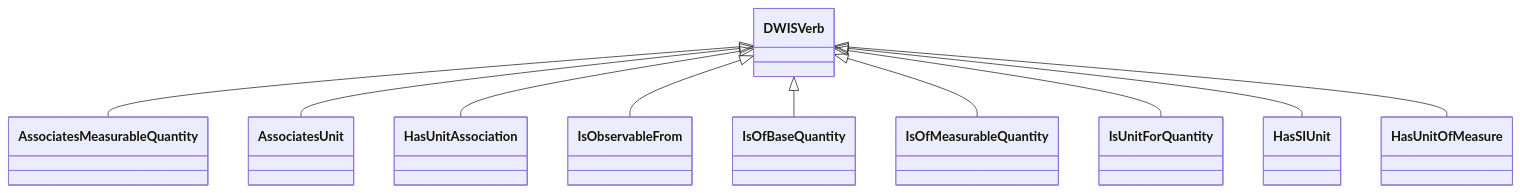
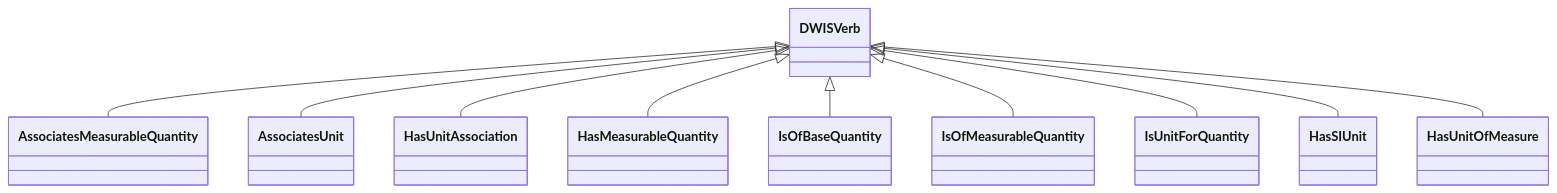
One commit to D-WIS/DDHub-Semantic-Interoperability changed the eighth of 18 diagrams in docs/vocabulary_development/auto-generated/md/definition-files/Quantities.md. Above: the diagram before and after it, drawn with Mermaid. The commit also changed other lines of this file and 44 other files, not shown here.

````diff
--- a/docs/vocabulary_development/auto-generated/md/definition-files/Quantities.md
+++ b/docs/vocabulary_development/auto-generated/md/definition-files/Quantities.md
@@ -112,12 +268,12 @@
 ```mermaid
 classDiagram
 DWISVerb <|-- AssociatesMeasurableQuantity
 DWISVerb <|-- AssociatesUnit
 DWISVerb <|-- HasUnitAssociation
-DWISVerb <|-- IsObservableFrom
+DWISVerb <|-- HasMeasurableQuantity
 DWISVerb <|-- IsOfBaseQuantity
 DWISVerb <|-- IsOfMeasurableQuantity
 DWISVerb <|-- IsUnitForQuantity
 DWISVerb <|-- HasSIUnit
 DWISVerb <|-- HasUnitOfMeasure
 ```
````
